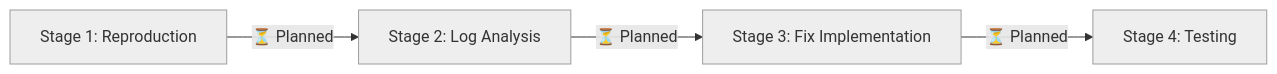
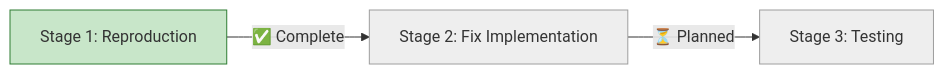
The diagram in docs/proposals/22-build-script-returns-exit-code-1/progress.md (info-tech-io/hugo-templates), drawn with Mermaid before and after one commit. The commit also changed other lines of this file and 1 other file, not shown here.

First line of the commit message:
docs(issue-22): Stage 1 complete - bug reproduced and root cause identified

````diff
--- a/docs/proposals/22-build-script-returns-exit-code-1/progress.md
+++ b/docs/proposals/22-build-script-returns-exit-code-1/progress.md
@@ -5,14 +5,11 @@
 ```mermaid
 graph LR
-    A[Stage 1: Reproduction] -->|⏳ Planned| B[Stage 2: Log Analysis]
-    B -->|⏳ Planned| C[Stage 3: Fix Implementation]
-    C -->|⏳ Planned| D[Stage 4: Testing]
+    A[Stage 1: Reproduction] -->|✅ Complete| B[Stage 2: Fix Implementation]
+    B -->|⏳ Planned| C[Stage 3: Testing]
 
-    style A fill:#eeeeee,stroke:#9e9e9e
+    style A fill:#c8e6c9,stroke:#2e7d32
     style B fill:#eeeeee,stroke:#9e9e9e
     style C fill:#eeeeee,stroke:#9e9e9e
-    style D fill:#eeeeee,stroke:#9e9e9e
 
     click A "001-reproduction.md"
-    click B "002-log-analysis.md"
 ```
````
